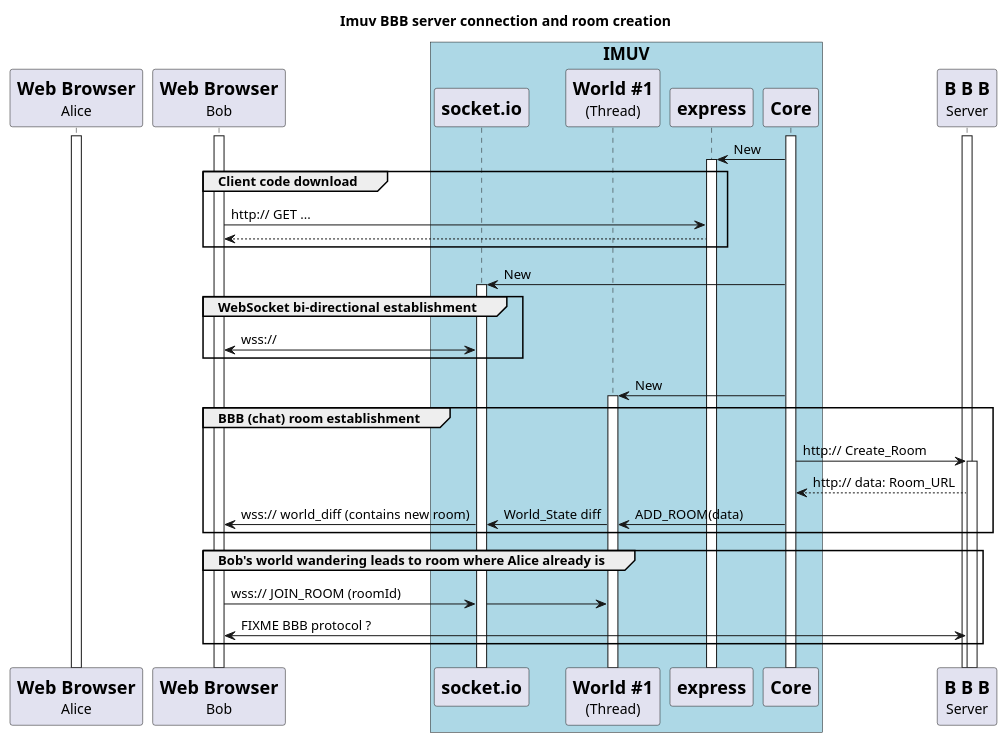
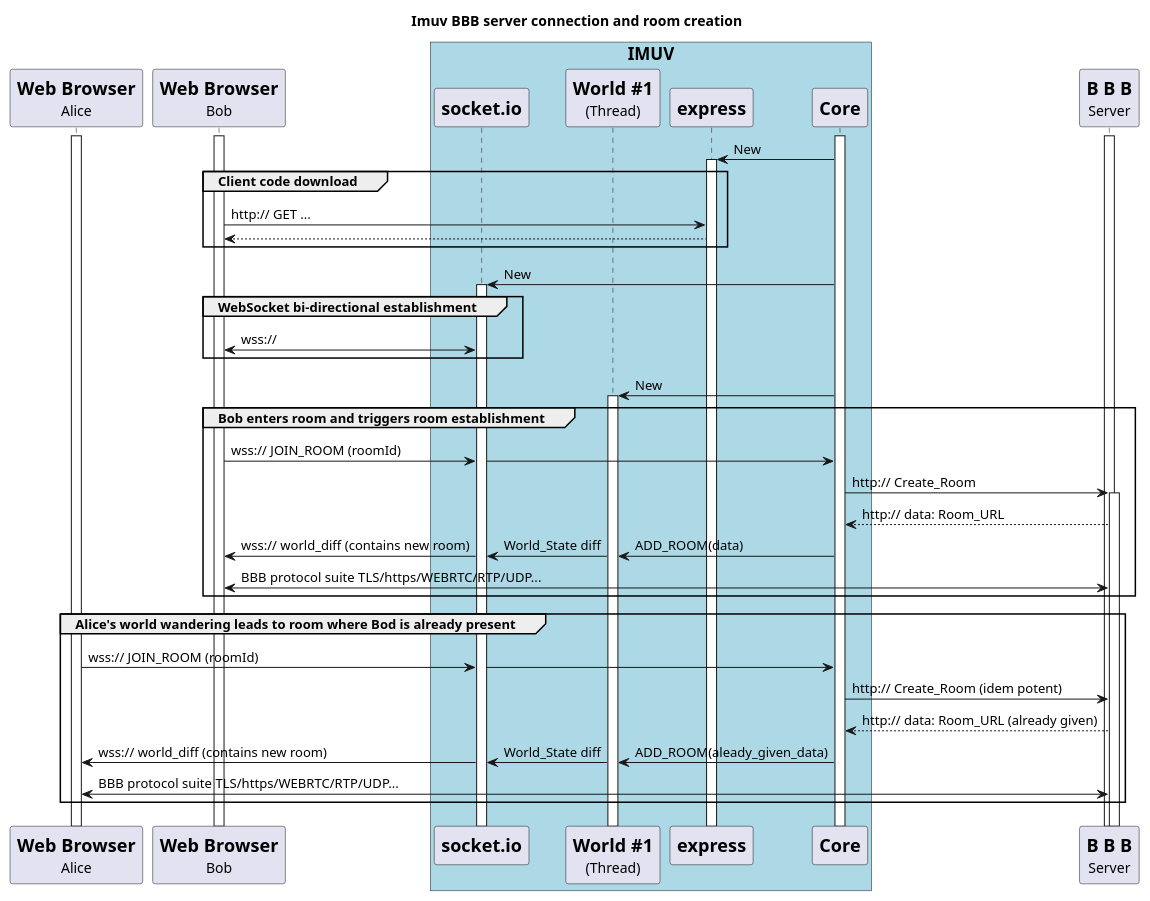
Before and after one commit to VCityTeam/UD-Imuv: the diagram in Doc/Devel/Diagrams/client-imuv-bbb_server-room-creation-without-proxy.puml, drawn with PlantUML. The commit also changed 3 other files, not shown here.

Commit message:
Update of communication sequence diagrams.

```diff
--- a/Doc/Devel/Diagrams/client-imuv-bbb_server-room-creation-without-proxy.puml
+++ b/Doc/Devel/Diagrams/client-imuv-bbb_server-room-creation-without-proxy.puml
@@ -1,67 +1,75 @@
 @startuml
 'For same line messages support
 !pragma teoz true
 
 title Imuv BBB server connection and room creation
 
 participant WebBrowserAlice [
   =Web Browser
   Alice
 ]
 
 participant WebBrowserBob [
   =Web Browser
   Bob
 ]
 
 box =IMUV #LightBlue
   participant "=socket.io" as ImuvWebsocket 
   participant ImuvWorld [
     =World #1 
     (Thread)
   ]
   participant "=express" as ImuvExpress
   participant "=Core" as Imuv
 end box
 
 participant BBB [
   =B B B
   Server
 ]
 
 activate WebBrowserAlice
 activate WebBrowserBob
 activate Imuv
 activate BBB
 
 ImuvExpress <- Imuv: New
 activate ImuvExpress
 group Client code download
   WebBrowserBob -> ImuvExpress: http:// GET ...
   WebBrowserBob <-- ImuvExpress: 
 end
 
 ImuvWebsocket <- Imuv: New
 activate ImuvWebsocket
 group WebSocket bi-directional establishment
   WebBrowserBob <-> ImuvWebsocket: wss://
 end
 
 ImuvWorld <- Imuv: New
 activate ImuvWorld
-group BBB (chat) room establishment
+group Bob enters room and triggers room establishment
+  WebBrowserBob -> ImuvWebsocket: wss:// JOIN_ROOM (roomId)
+  &ImuvWebsocket -> Imuv
   Imuv ->  BBB : http:// Create_Room
   activate BBB
   Imuv <-- BBB : http:// data: Room_URL
   ImuvWorld <- Imuv: ADD_ROOM(data)
   &ImuvWorld -> ImuvWebsocket: World_State diff
   &WebBrowserBob <- ImuvWebsocket: wss:// world_diff (contains new room)
+  WebBrowserBob <-> BBB: BBB protocol suite TLS/https/WEBRTC/RTP/UDP...
 end
 
-group Bob's world wandering leads to room where Alice already is
-  WebBrowserBob -> ImuvWebsocket: wss:// JOIN_ROOM (roomId)
-  &ImuvWebsocket -> ImuvWorld
-  WebBrowserBob <-> BBB: FIXME BBB protocol ?
+group Alice's world wandering leads to room where Bod is already present
+  WebBrowserAlice -> ImuvWebsocket: wss:// JOIN_ROOM (roomId)
+  &ImuvWebsocket -> Imuv
+  Imuv ->  BBB : http:// Create_Room (idem potent)
+  Imuv <-- BBB : http:// data: Room_URL (already given)
+  ImuvWorld <- Imuv: ADD_ROOM(aleady_given_data)
+  &ImuvWorld -> ImuvWebsocket: World_State diff
+  &WebBrowserAlice <- ImuvWebsocket: wss:// world_diff (contains new room)
+  WebBrowserAlice <-> BBB: BBB protocol suite TLS/https/WEBRTC/RTP/UDP...
 end
 
 @enduml
```
